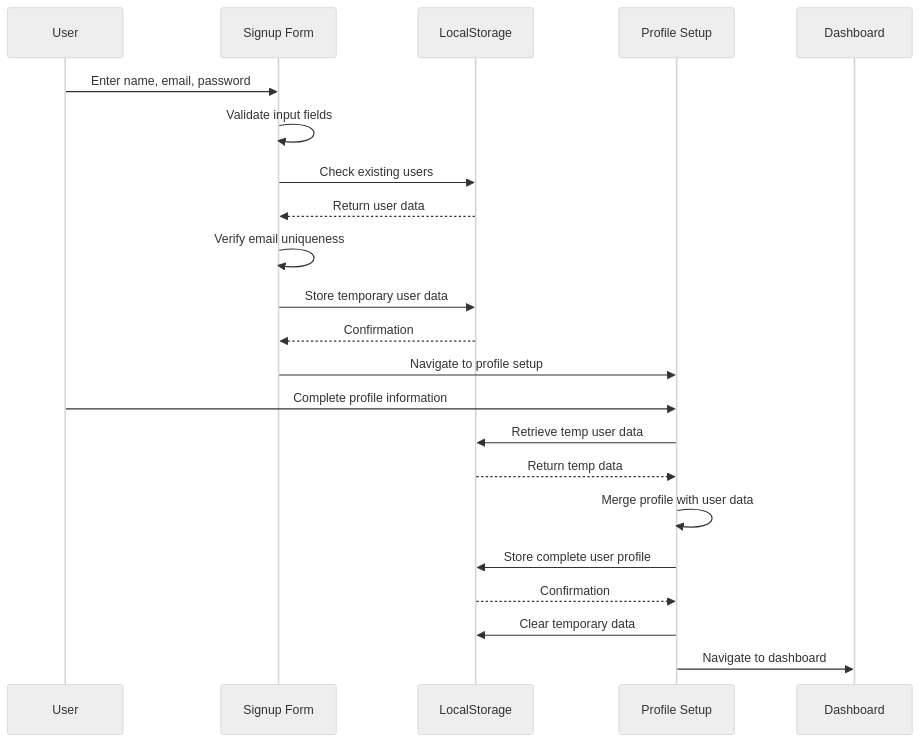
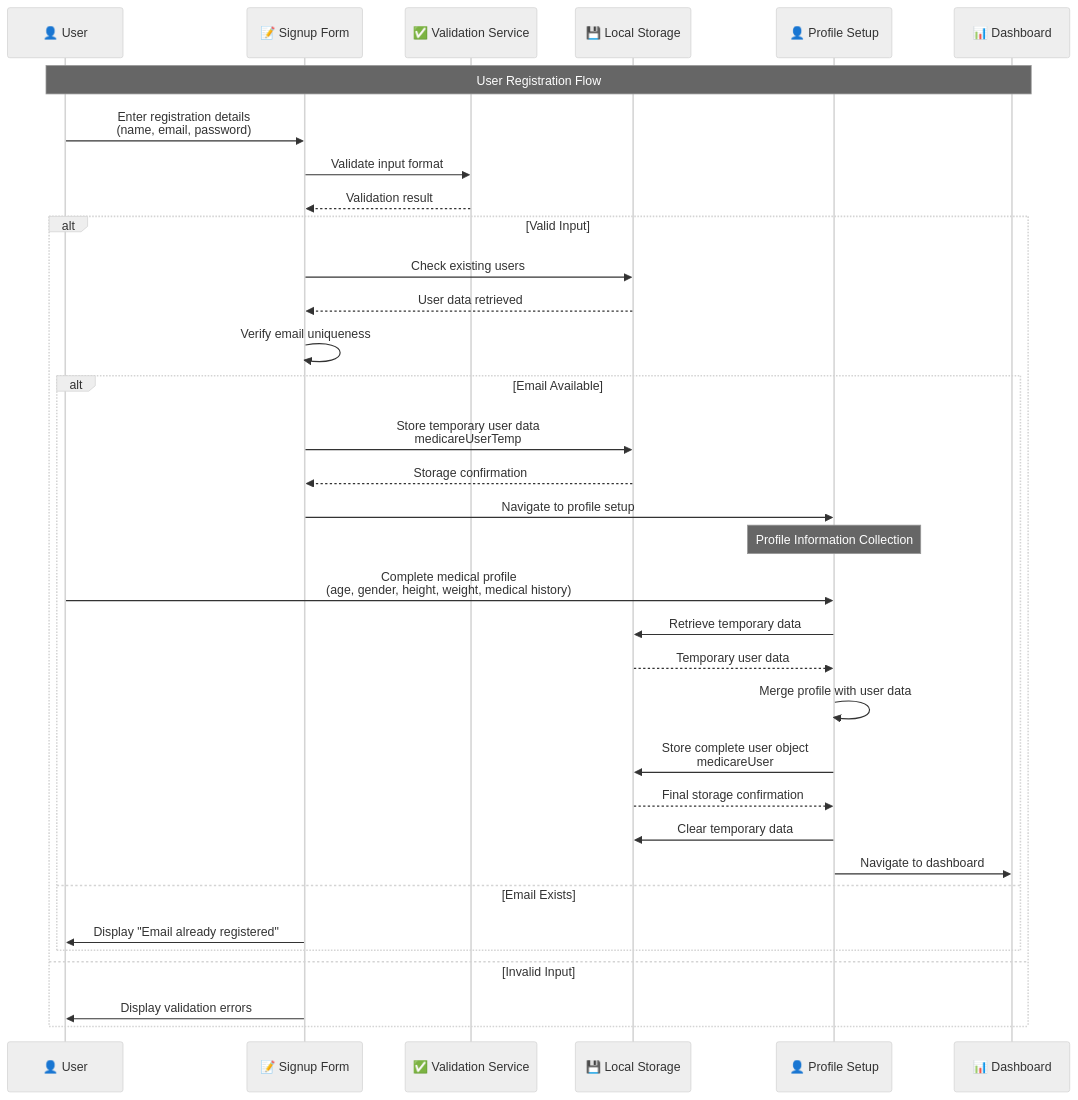
The first of 6 diagrams in docs/Sequence_Diagram.md (Shipra1605/health-ai-medicare-compass), drawn with Mermaid (neutral theme) before and after one commit. The commit also changed other lines of this file and 4 other files, not shown here.

First line of the commit message:
Refactor: Enhance diagrams for academic report

````diff
--- a/docs/Sequence_Diagram.md
+++ b/docs/Sequence_Diagram.md
@@ -6,26 +6,43 @@
 ```mermaid
 sequenceDiagram
-    participant U as User
-    participant SF as Signup Form
-    participant LS as LocalStorage
-    participant PS as Profile Setup
-    participant D as Dashboard
+    participant U as 👤 User
+    participant SF as 📝 Signup Form
+    participant VS as ✅ Validation Service
+    participant LS as 💾 Local Storage
+    participant PS as 👤 Profile Setup
+    participant D as 📊 Dashboard
 
-    U->>SF: Enter name, email, password
-    SF->>SF: Validate input fields
-    SF->>LS: Check existing users
-    LS-->>SF: Return user data
-    SF->>SF: Verify email uniqueness
-    SF->>LS: Store temporary user data
-    LS-->>SF: Confirmation
-    SF->>PS: Navigate to profile setup
+    Note over U,D: User Registration Flow
     
-    U->>PS: Complete profile information
-    PS->>LS: Retrieve temp user data
-    LS-->>PS: Return temp data
-    PS->>PS: Merge profile with user data
-    PS->>LS: Store complete user profile
-    LS-->>PS: Confirmation
-    PS->>LS: Clear temporary data
-    PS->>D: Navigate to dashboard
+    U->>SF: Enter registration details<br/>(name, email, password)
+    SF->>VS: Validate input format
+    VS-->>SF: Validation result
+    
+    alt Valid Input
+        SF->>LS: Check existing users
+        LS-->>SF: User data retrieved
+        SF->>SF: Verify email uniqueness
+        
+        alt Email Available
+            SF->>LS: Store temporary user data<br/>medicareUserTemp
+            LS-->>SF: Storage confirmation
+            SF->>PS: Navigate to profile setup
+            
+            Note over PS: Profile Information Collection
+            U->>PS: Complete medical profile<br/>(age, gender, height, weight, medical history)
+            PS->>LS: Retrieve temporary data
+            LS-->>PS: Temporary user data
+            PS->>PS: Merge profile with user data
+            PS->>LS: Store complete user object<br/>medicareUser
+            LS-->>PS: Final storage confirmation
+            PS->>LS: Clear temporary data
+            PS->>D: Navigate to dashboard
+            
+        else Email Exists
+            SF->>U: Display "Email already registered"
+        end
+        
+    else Invalid Input
+        SF->>U: Display validation errors
+    end
 ```
````
